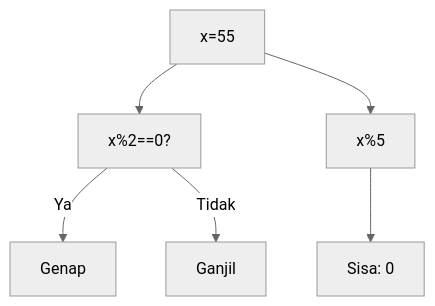
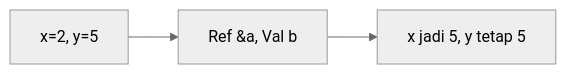
One commit to amnahwaida/OSNK_INF_PREP changed the fourth of 25 diagrams in part-c-pemahaman-cpp/04-fungsi/latihan/set-12.md. Above: the diagram before and after it, drawn with Mermaid (neutral theme). The commit also changed other lines of this file and 71 other files, not shown here.

````diff
--- a/part-c-pemahaman-cpp/04-fungsi/latihan/set-12.md
+++ b/part-c-pemahaman-cpp/04-fungsi/latihan/set-12.md
@@ -110,8 +102,5 @@
 ```mermaid
-graph TD
-A["x=55"] --> B["x%2==0?"]
-B -- Ya --> C["Genap"]
-B -- Tidak --> D["Ganjil"]
-A --> E["x%5"]
-E --> F["Sisa: 0"]
+graph LR
+A["x=2, y=5"] --> B["Ref &a, Val b"]
+B --> C["x jadi 5, y tetap 5"]
 ```
````
